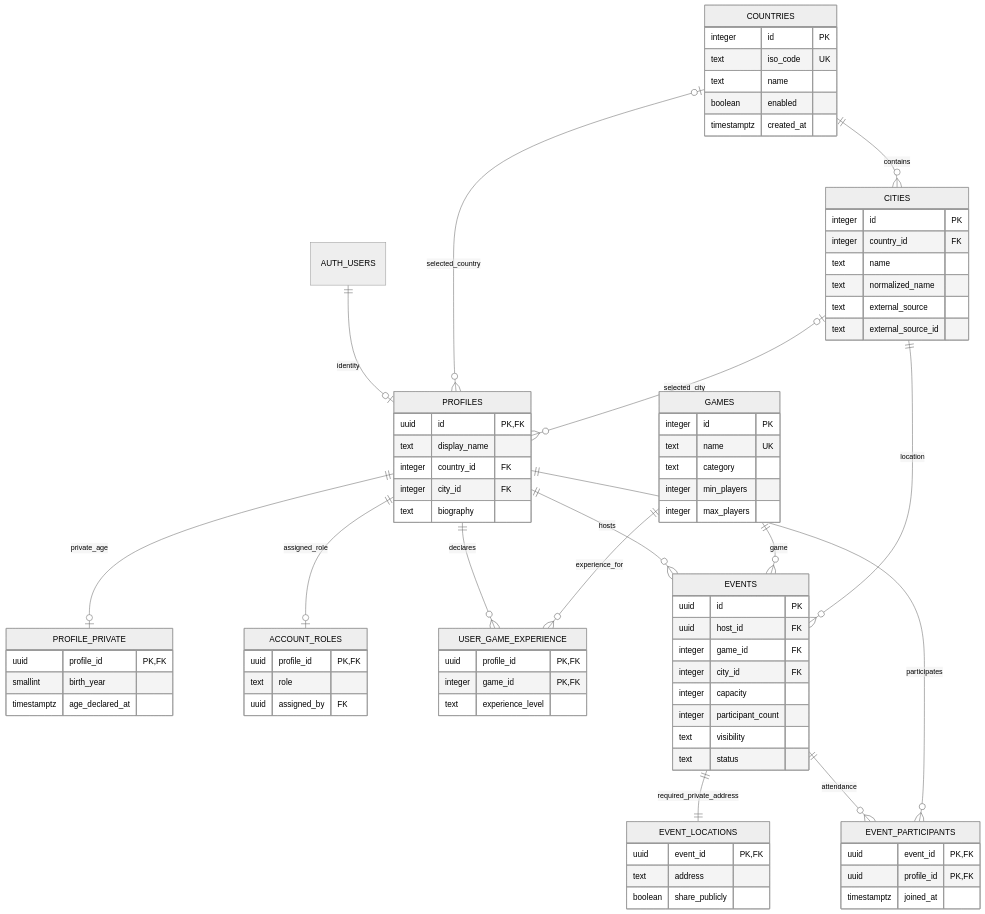
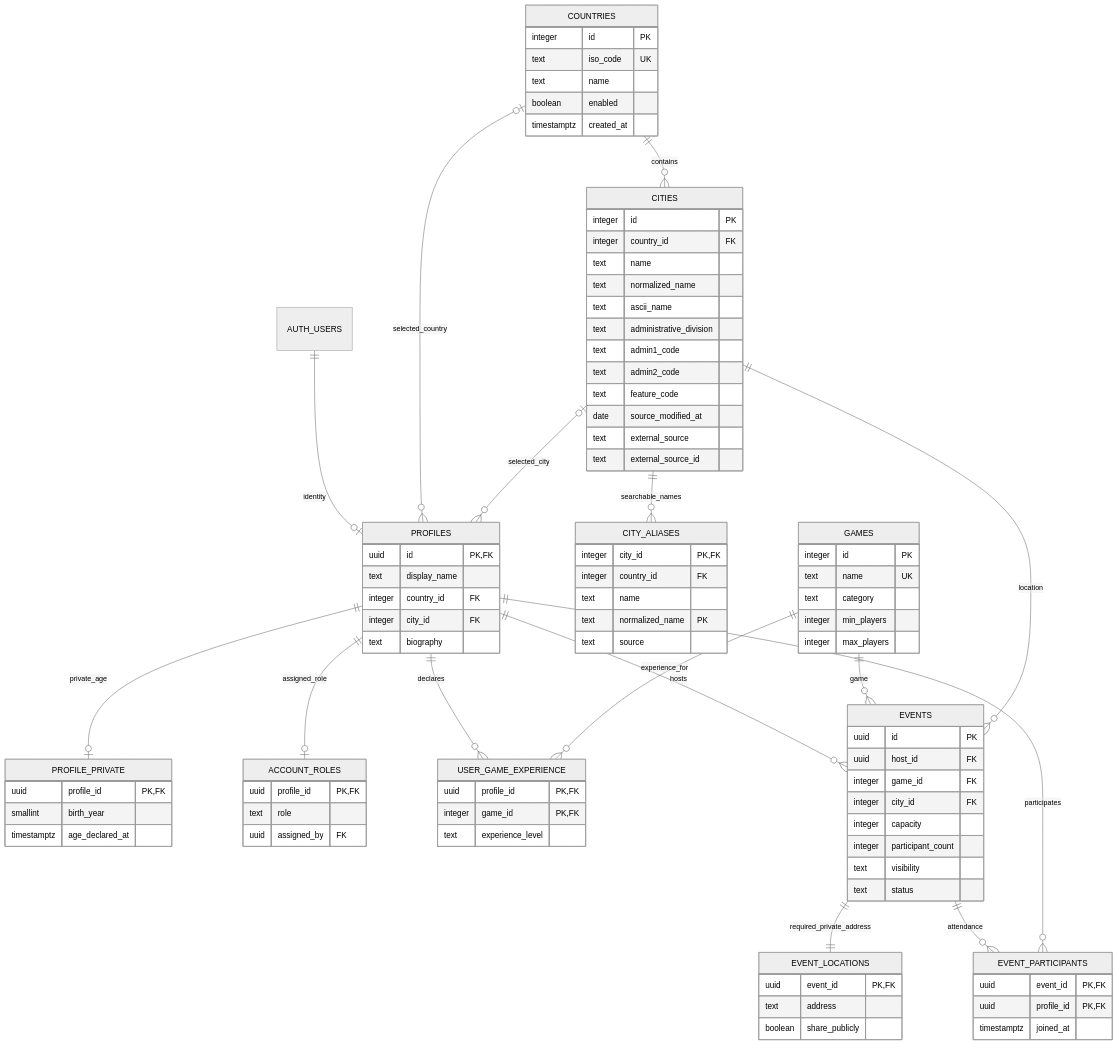
The diagram in docs/database-schema.md (ognjen-raickovic/rollcall_v2), drawn with Mermaid (neutral theme) before and after one commit. The commit also changed other lines of this file and 37 other files, not shown here.

```diff
--- a/docs/database-schema.md
+++ b/docs/database-schema.md
@@ -18,6 +20,7 @@
 erDiagram
   AUTH_USERS ||--o| PROFILES : identity
   COUNTRIES ||--o{ CITIES : contains
+  CITIES ||--o{ CITY_ALIASES : searchable_names
   COUNTRIES o|--o{ PROFILES : selected_country
   CITIES o|--o{ PROFILES : selected_city
   PROFILES ||--o| PROFILE_PRIVATE : private_age
@@ -43,8 +46,21 @@
     integer country_id FK
     text name
     text normalized_name
+    text ascii_name
+    text administrative_division
+    text admin1_code
+    text admin2_code
+    text feature_code
+    date source_modified_at
     text external_source
     text external_source_id
+  }
+  CITY_ALIASES {
+    integer city_id PK,FK
+    integer country_id FK
+    text name
+    text normalized_name PK
+    text source
   }
   PROFILES {
     uuid id PK,FK
```
